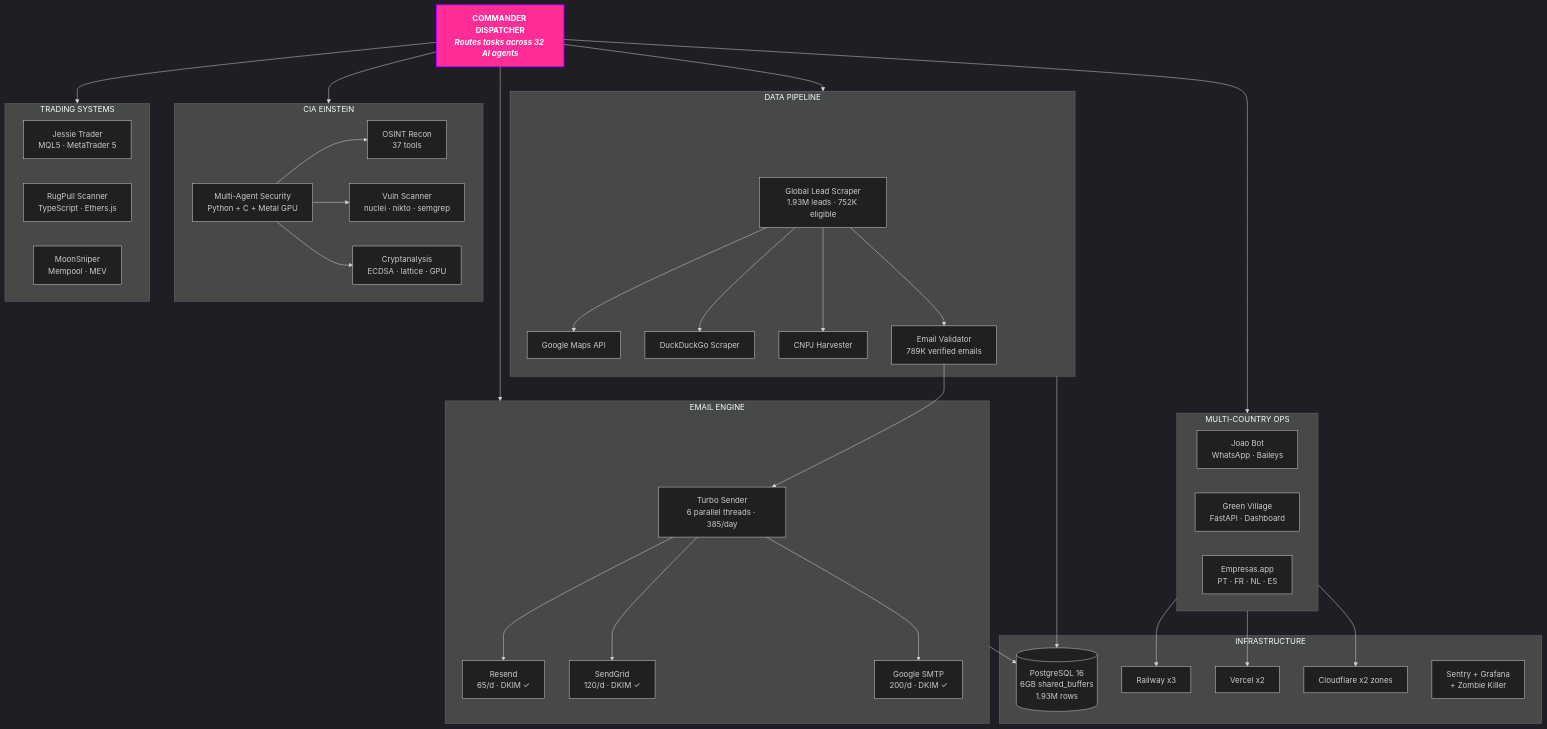
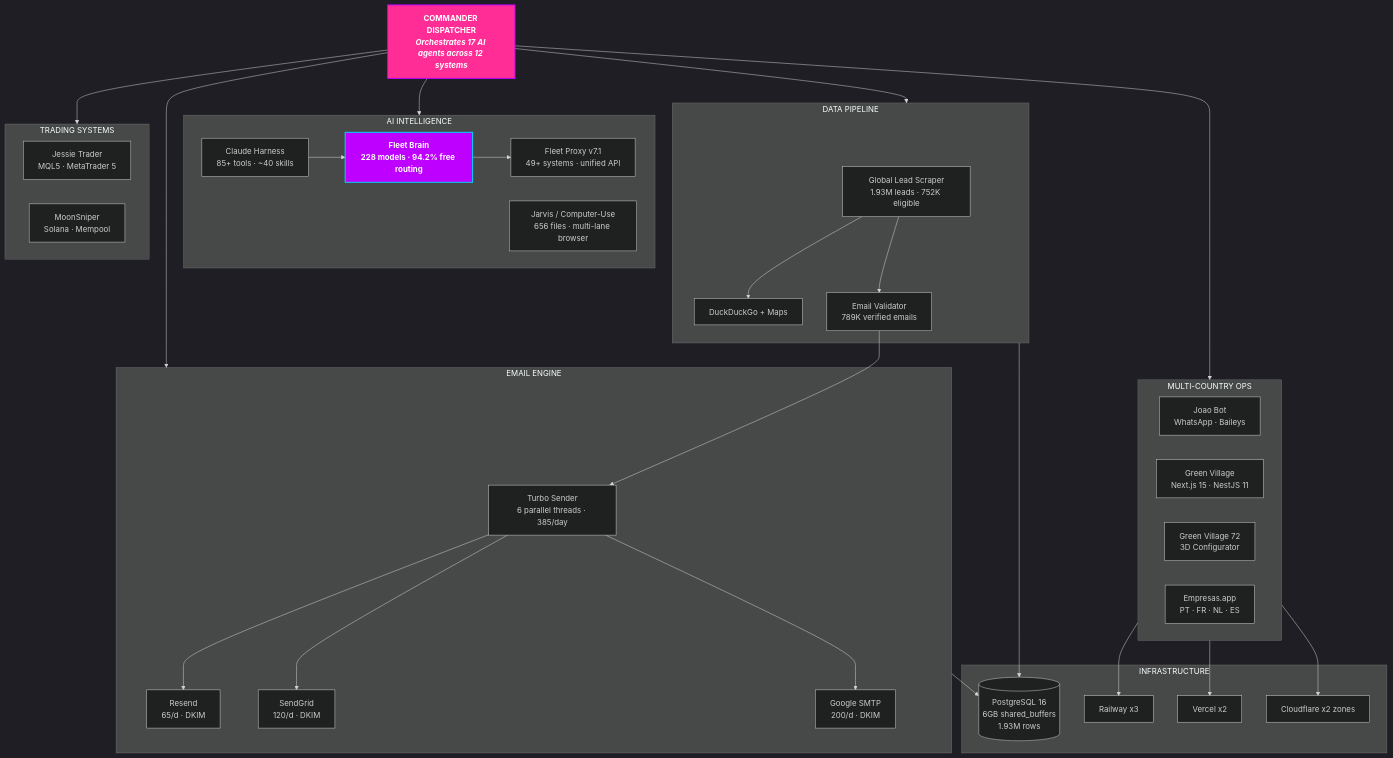
One commit to MatheusAgueda/MatheusAgueda changed the first of 15 diagrams in README.md. Above: the diagram before and after it, drawn with Mermaid. The commit also changed other lines of this file, not shown here.

First line of the commit message:
feat: redesign profile — remove CIA/security, add Fleet Brain, update stats to 2026

````diff
--- a/README.md
+++ b/README.md
@@ -310,75 +295,70 @@
 ```mermaid
 %%{init: {'theme': 'dark'}}%%
 
 graph TB
-    CMD["COMMANDER DISPATCHER<br/><i>Routes tasks across 32 AI agents</i>"]
+    CMD["COMMANDER DISPATCHER<br/><i>Orchestrates 17 AI agents across 12 systems</i>"]
+
+    subgraph FLEET["AI INTELLIGENCE"]
+        FB["Fleet Brain<br/>228 models · 94.2% free routing"]
+        PROXY["Fleet Proxy v7.1<br/>49+ systems · unified API"]
+        JARVIS["Jarvis / Computer-Use<br/>656 files · multi-lane browser"]
+        HARNESS["Claude Harness<br/>85+ tools · ~40 skills"]
+    end
 
     subgraph DATA["DATA PIPELINE"]
         GLS["Global Lead Scraper<br/>1.93M leads · 752K eligible"]
-        MAPS["Google Maps API"]
-        DDG["DuckDuckGo Scraper"]
-        CNPJ["CNPJ Harvester"]
+        DDG["DuckDuckGo + Maps"]
         VALID["Email Validator<br/>789K verified emails"]
     end
 
     subgraph MAIL["EMAIL ENGINE"]
         TURBO["Turbo Sender<br/>6 parallel threads · 385/day"]
-        R1["Resend<br/>65/d · DKIM ✓"]
-        R2["SendGrid<br/>120/d · DKIM ✓"]
-        R3["Google SMTP<br/>200/d · DKIM ✓"]
-    end
-
-    subgraph SEC["CIA EINSTEIN"]
-        CIA["Multi-Agent Security<br/>Python + C + Metal GPU"]
-        OSINT["OSINT Recon<br/>37 tools"]
-        VULN["Vuln Scanner<br/>nuclei · nikto · semgrep"]
-        CRYPTO["Cryptanalysis<br/>ECDSA · lattice · GPU"]
+        R1["Resend<br/>65/d · DKIM"]
+        R2["SendGrid<br/>120/d · DKIM"]
+        R3["Google SMTP<br/>200/d · DKIM"]
     end
 
     subgraph TRADE["TRADING SYSTEMS"]
         JESSIE["Jessie Trader<br/>MQL5 · MetaTrader 5"]
-        RUG["RugPull Scanner<br/>TypeScript · Ethers.js"]
-        MOON["MoonSniper<br/>Mempool · MEV"]
+        MOON["MoonSniper<br/>Solana · Mempool"]
     end
 
     subgraph BIZ["MULTI-COUNTRY OPS"]
         JOAO["Joao Bot<br/>WhatsApp · Baileys"]
-        GV["Green Village<br/>FastAPI · Dashboard"]
+        GV["Green Village<br/>Next.js 15 · NestJS 11"]
+        GV72["Green Village 72<br/>3D Configurator"]
         EMP["Empresas.app<br/>PT · FR · NL · ES"]
     end
 
     subgraph INFRA["INFRASTRUCTURE"]
         PG[("PostgreSQL 16<br/>6GB shared_buffers<br/>1.93M rows")]
         RW["Railway x3"]
         VC["Vercel x2"]
         CF["Cloudflare x2 zones"]
-        MON["Sentry + Grafana<br/>+ Zombie Killer"]
     end
 
+    CMD --> FLEET
     CMD --> DATA
     CMD --> MAIL
-    CMD --> SEC
     CMD --> TRADE
     CMD --> BIZ
 
-    GLS --> MAPS
     GLS --> DDG
-    GLS --> CNPJ
     GLS --> VALID
     VALID --> TURBO
     TURBO --> R1
     TURBO --> R2
     TURBO --> R3
 
-    CIA --> OSINT
-    CIA --> VULN
-    CIA --> CRYPTO
+    FB --> PROXY
+    HARNESS --> FB
 
     DATA --> PG
     MAIL --> PG
     BIZ --> RW
     BIZ --> VC
     BIZ --> CF
 
     style CMD fill:#FF2D95,stroke:#BD00FF,color:#fff,font-weight:bold,stroke-width:2px
+    style FB fill:#BD00FF,stroke:#00D4FF,color:#fff,font-weight:bold,stroke-width:2px
 ```
````
